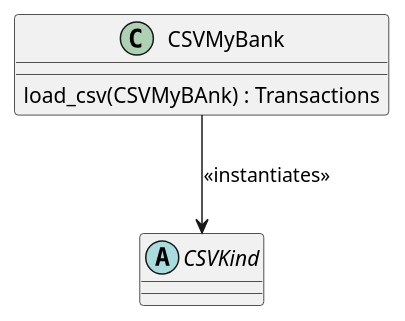
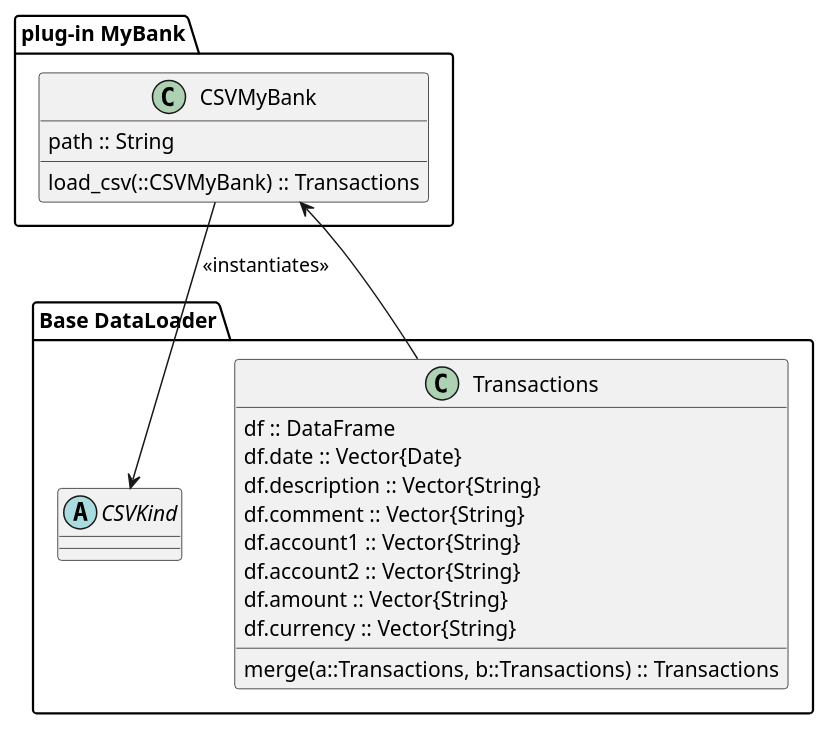
One commit to Sh4pe/Ledjer.jl changed the diagram in docs/src/architecture/interfaces_dataloader.pu. Above: the diagram before and after it, drawn with PlantUML.

Commit message:
Refine DataLoader interfaces

```diff
--- a/docs/src/architecture/interfaces_dataloader.pu
+++ b/docs/src/architecture/interfaces_dataloader.pu
@@ -1,11 +1,33 @@
 @startuml
 
-abstract class CSVKind
+package "plug-in MyBank" {
+    class CSVMyBank {
+        path :: String
 
-class CSVMyBank {
-    load_csv(CSVMyBAnk) : Transactions
+        load_csv(::CSVMyBank) :: Transactions
+    }
 }
 
+package "Base DataLoader" {
+
+    abstract class CSVKind
+
+    class Transactions {
+        df :: DataFrame 
+        df.date :: Vector{Date}
+        df.description :: Vector{String}
+        df.comment :: Vector{String}
+        df.account1 :: Vector{String}
+        df.account2 :: Vector{String}
+        df.amount :: Vector{String}
+        df.currency :: Vector{String}
+
+        merge(a::Transactions, b::Transactions) :: Transactions
+    }
+}
+
+
 CSVMyBank --> CSVKind : << instantiates >>
+Transactions --> CSVMyBank
 
 @enduml
```
